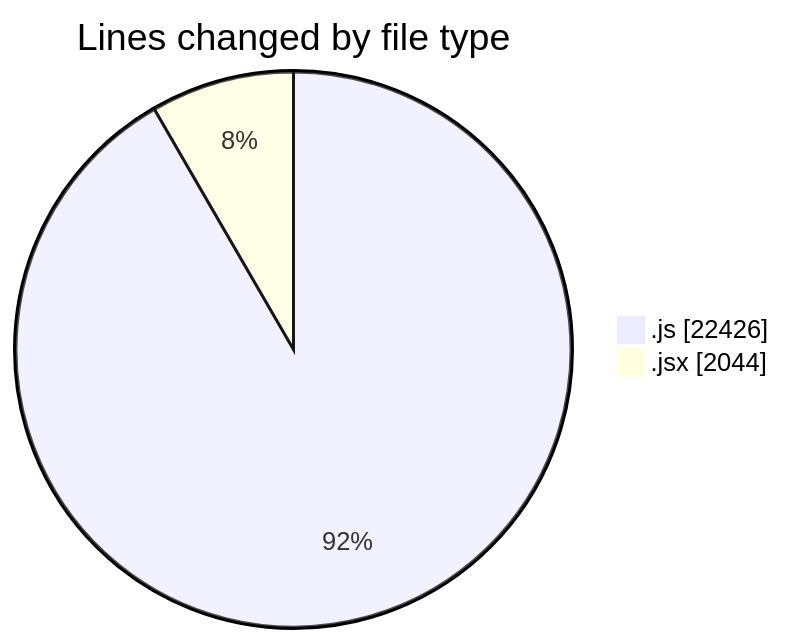
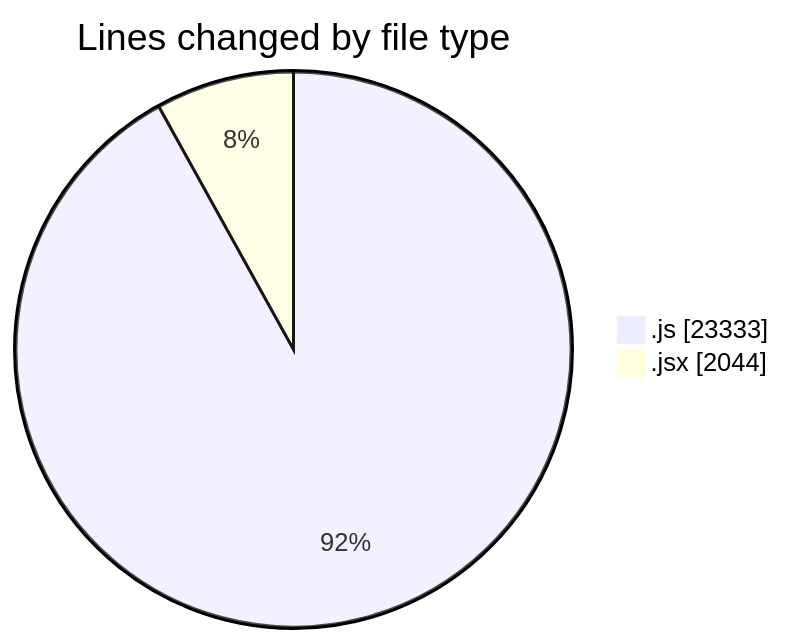
Before and after one commit to nxtqubesakshisongat/code-tracking: the first of 2 diagrams in 2025-10-01/nxtqube_webapp/README.md, drawn with Mermaid. The commit also changed other lines of this file and 1 other file, not shown here.

````diff
--- a/2025-10-01/nxtqube_webapp/README.md
+++ b/2025-10-01/nxtqube_webapp/README.md
@@ -22,6 +22,6 @@
 ```mermaid
 pie showData
 title Lines changed by file type
-".js" : 22426
+".js" : 23333
 ".jsx" : 2044
 ```
````
